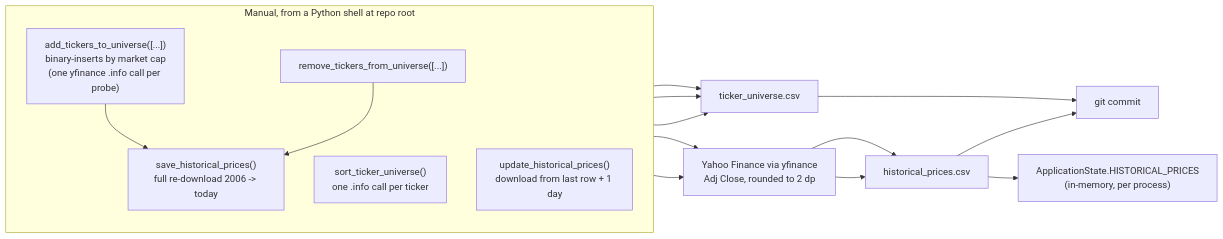
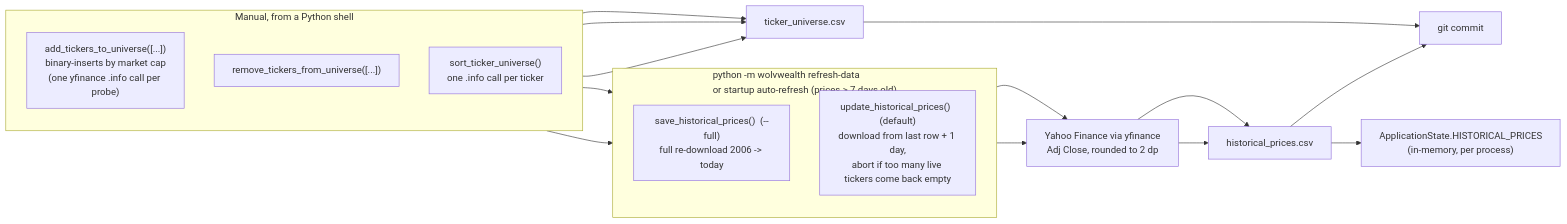
The seventh of 10 diagrams in ARCHITECTURE.md (rramboer/WolvWealth), drawn with Mermaid before and after one commit. The commit also changed other lines of this file and 12 other files, not shown here.

````diff
--- a/ARCHITECTURE.md
+++ b/ARCHITECTURE.md
@@ -299,28 +298,31 @@
 ```mermaid
 flowchart LR
-    subgraph Manual["Manual, from a Python shell at repo root"]
+    subgraph Refresh["python -m wolvwealth refresh-data<br/>or startup auto-refresh (prices > 7 days old)"]
+        direction TB
+        R1["save_historical_prices()  (--full)<br/>full re-download 2006 -> today"]
+        R2["update_historical_prices()  (default)<br/>download from last row + 1 day,<br/>abort if too many live tickers come back empty"]
+    end
+    subgraph Manual["Manual, from a Python shell"]
         direction TB
         U1["add_tickers_to_universe([...])<br/>binary-inserts by market cap<br/>(one yfinance .info call per probe)"]
         U2["remove_tickers_from_universe([...])"]
         U3["sort_ticker_universe()<br/>one .info call per ticker"]
-        R1["save_historical_prices()<br/>full re-download 2006 -> today"]
-        R2["update_historical_prices()<br/>download from last row + 1 day"]
     end
 
     YF["Yahoo Finance via yfinance<br/>Adj Close, rounded to 2 dp"]
     T["ticker_universe.csv"]
     P["historical_prices.csv"]
     Mem["ApplicationState.HISTORICAL_PRICES<br/>(in-memory, per process)"]
     Git["git commit"]
 
     U1 --> T
     U2 --> T
     U3 --> T
     U1 --> R1
     U2 --> R1
     R1 --> YF --> P
     R2 --> YF --> P
     P --> Mem
     T --> Git
     P --> Git
 ```
````
